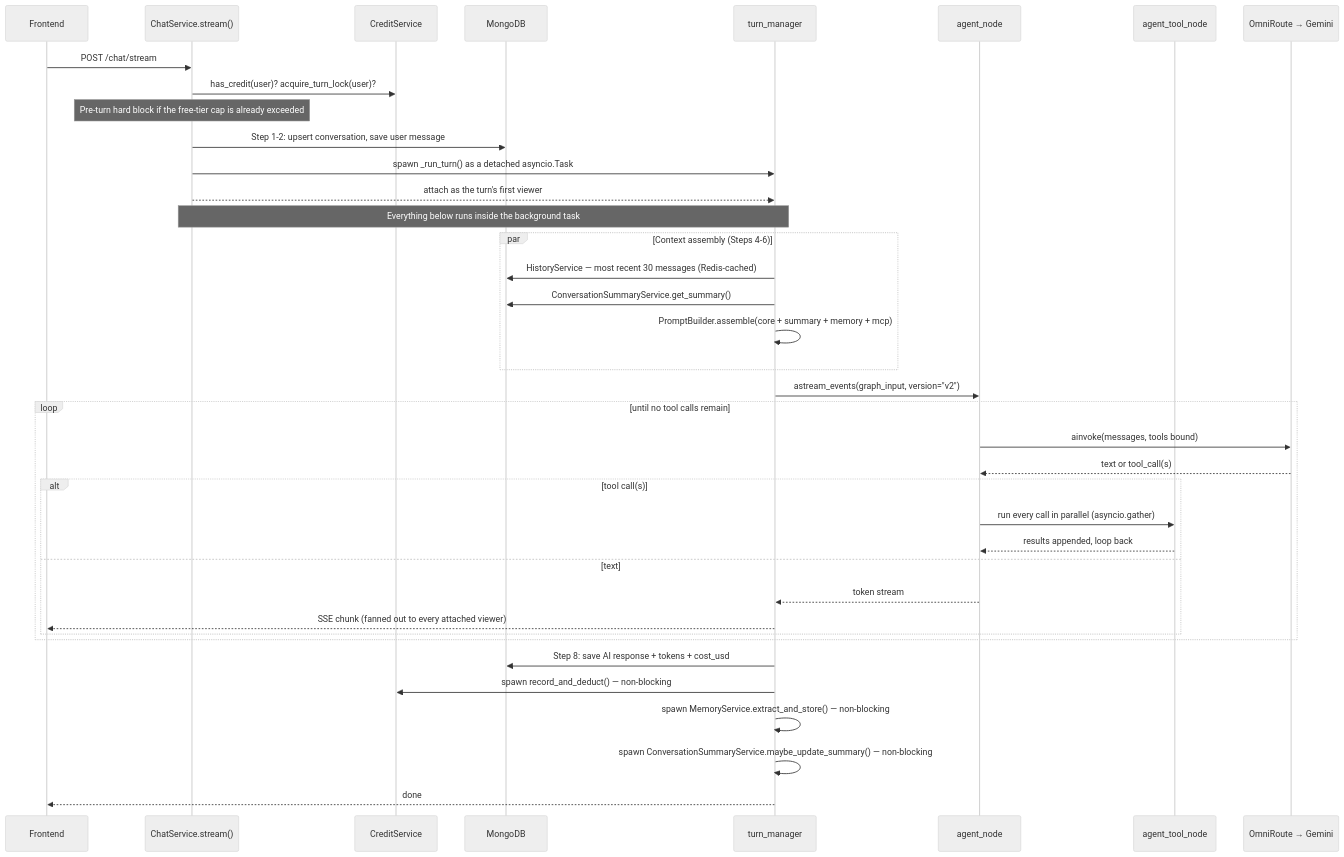
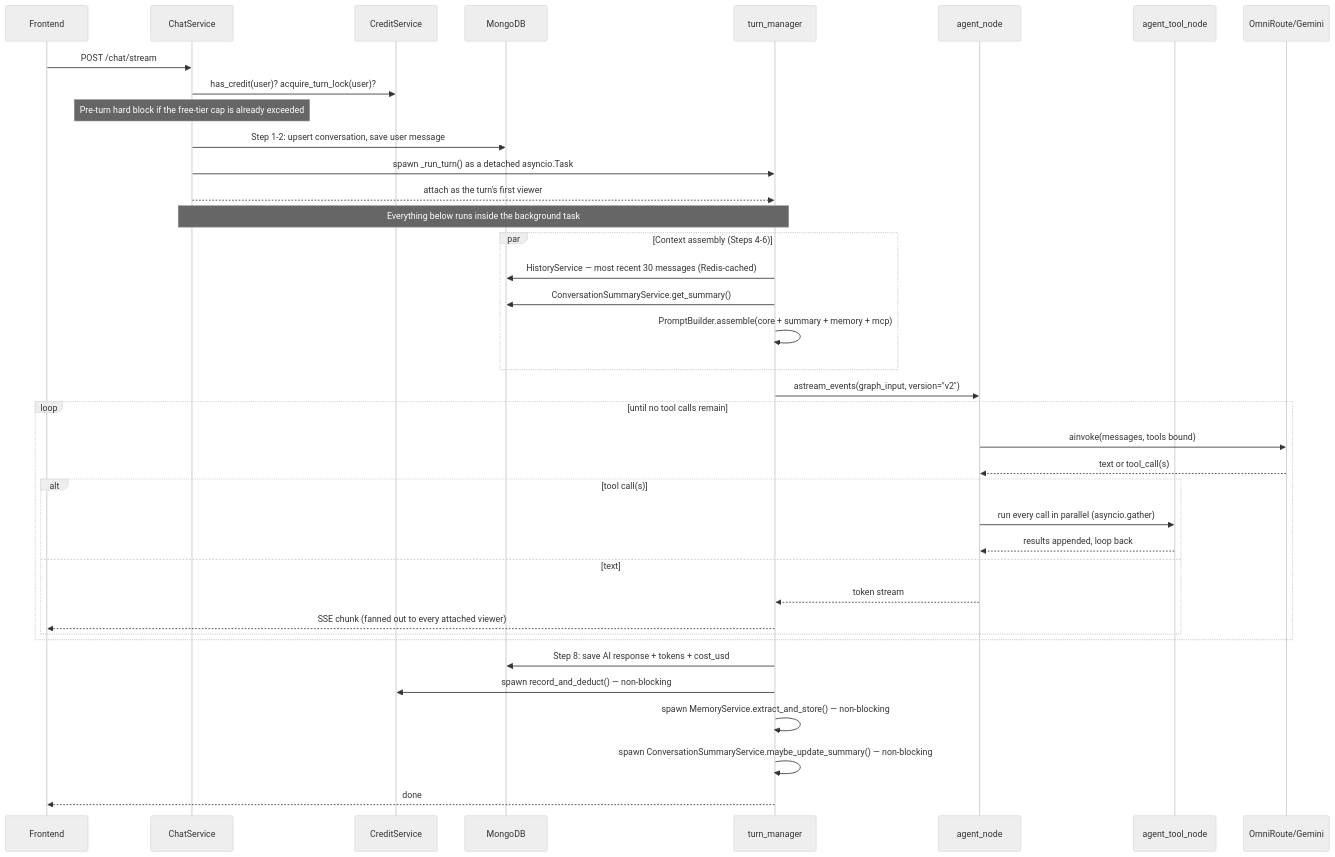
Before and after one commit to ankit-raj00/Chatbot_backend: the third of 3 diagrams in README.md, drawn with Mermaid (neutral theme). The commit also changed other lines of this file, not shown here.

First line of the commit message:
docs: fix three broken Mermaid diagrams in the README

````diff
--- a/README.md
+++ b/README.md
@@ -287,44 +289,44 @@
 ```mermaid
 sequenceDiagram
     participant FE as Frontend
-    participant CS as ChatService.stream()
+    participant CS as ChatService
     participant CRED as CreditService
     participant MONGO as MongoDB
     participant TM as turn_manager
     participant AN as agent_node
     participant ATN as agent_tool_node
-    participant OMNI as OmniRoute → Gemini
+    participant OMNI as OmniRoute/Gemini
 
     FE->>CS: POST /chat/stream
     CS->>CRED: has_credit(user)? acquire_turn_lock(user)?
     Note over CS: Pre-turn hard block if the free-tier cap is already exceeded
     CS->>MONGO: Step 1-2: upsert conversation, save user message
     CS->>TM: spawn _run_turn() as a detached asyncio.Task
     CS-->>TM: attach as the turn's first viewer
     Note over CS,TM: Everything below runs inside the background task
 
     par Context assembly (Steps 4-6)
         TM->>MONGO: HistoryService — most recent 30 messages (Redis-cached)
         TM->>MONGO: ConversationSummaryService.get_summary()
         TM->>TM: PromptBuilder.assemble(core + summary + memory + mcp)
     end
 
     TM->>AN: astream_events(graph_input, version="v2")
     loop until no tool calls remain
         AN->>OMNI: ainvoke(messages, tools bound)
         OMNI-->>AN: text or tool_call(s)
         alt tool call(s)
             AN->>ATN: run every call in parallel (asyncio.gather)
             ATN-->>AN: results appended, loop back
         else text
             AN-->>TM: token stream
             TM-->>FE: SSE chunk (fanned out to every attached viewer)
         end
     end
 
     TM->>MONGO: Step 8: save AI response + tokens + cost_usd
     TM->>CRED: spawn record_and_deduct() — non-blocking
     TM->>TM: spawn MemoryService.extract_and_store() — non-blocking
     TM->>TM: spawn ConversationSummaryService.maybe_update_summary() — non-blocking
     TM-->>FE: done
 ```
````
